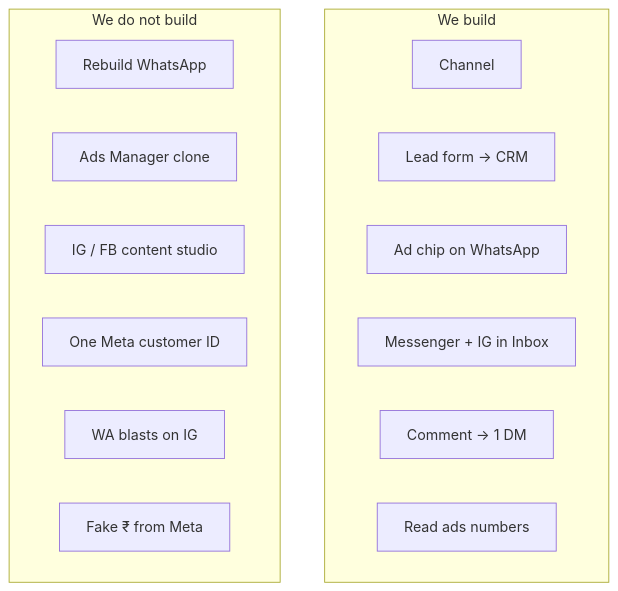
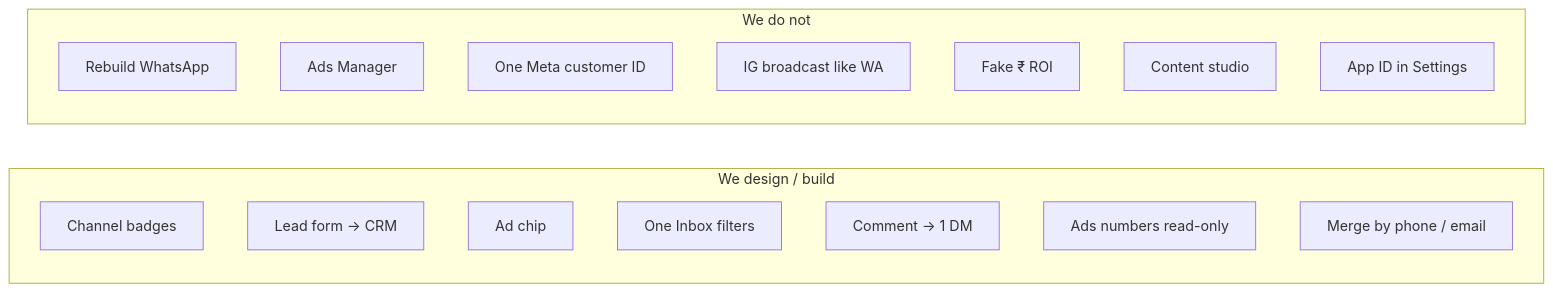
One commit to teamwebstarts-cmyk/Samyoj changed diagram 11 of 12 in docs/product/META_LOOP_PRESENTATION_2026-09-18.md. Above: the diagram before and after it, drawn with Mermaid. The commit also changed other lines of this file and 2 other files, not shown here.

First line of the commit message:
docs: update META_ECOSYSTEM_V2_PLAN_2026-09-18.md and META_LOOP_PRESENTATION_2026-09-18.md for clarity and consistency

````diff
--- a/docs/product/META_LOOP_PRESENTATION_2026-09-18.md
+++ b/docs/product/META_LOOP_PRESENTATION_2026-09-18.md
@@ -188,20 +220,22 @@
 ```mermaid
-flowchart TB
-  subgraph DO["We build"]
-    A[Channel]
-    B[Lead form → CRM]
-    C[Ad chip on WhatsApp]
-    D[Messenger + IG in Inbox]
-    E[Comment → 1 DM]
-    F[Read ads numbers]
+flowchart LR
+  subgraph DO["We design / build"]
+    D1[Channel badges]
+    D2[Lead form → CRM]
+    D3[Ad chip]
+    D4[One Inbox filters]
+    D5[Comment → 1 DM]
+    D6[Ads numbers read-only]
+    D7[Merge by phone / email]
   end
 
-  subgraph DONT["We do not build"]
-    X1[Rebuild WhatsApp]
-    X2[Ads Manager clone]
-    X3[IG / FB content studio]
-    X4[One Meta customer ID]
-    X5[WA blasts on IG]
-    X6[Fake ₹ from Meta]
+  subgraph DONT["We do not"]
+    N1[Rebuild WhatsApp]
+    N2[Ads Manager]
+    N3[One Meta customer ID]
+    N4[IG broadcast like WA]
+    N5[Fake ₹ ROI]
+    N6[Content studio]
+    N7[App ID in Settings]
   end
 ```
````
